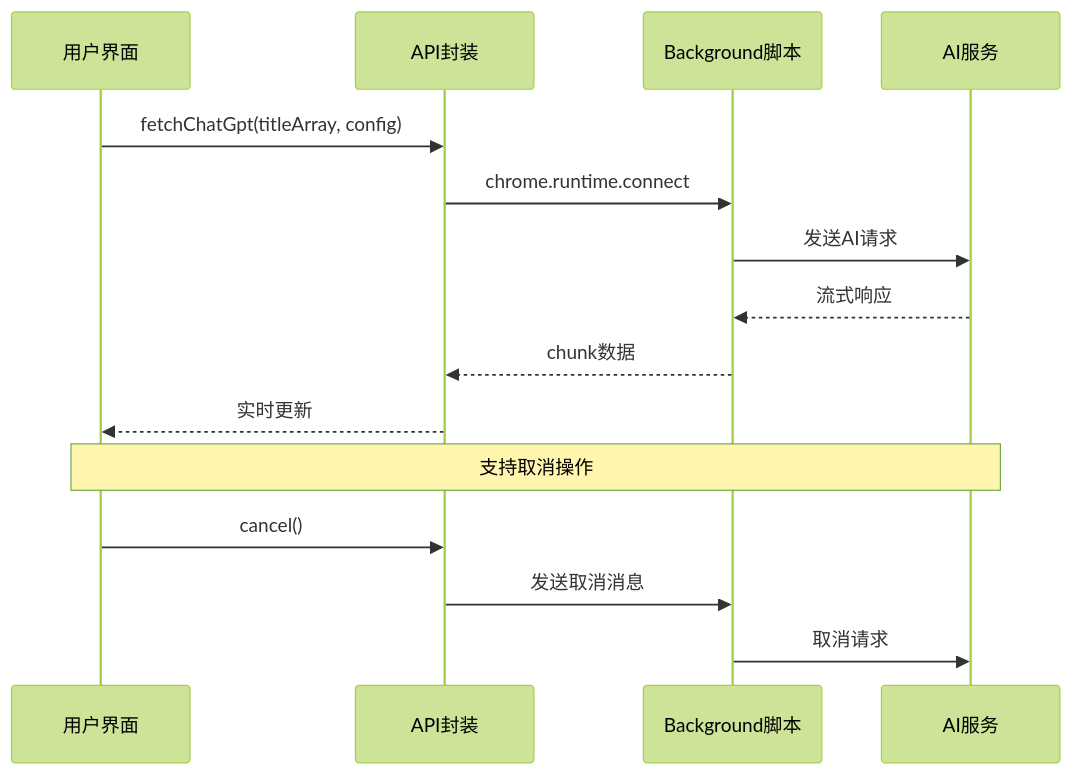
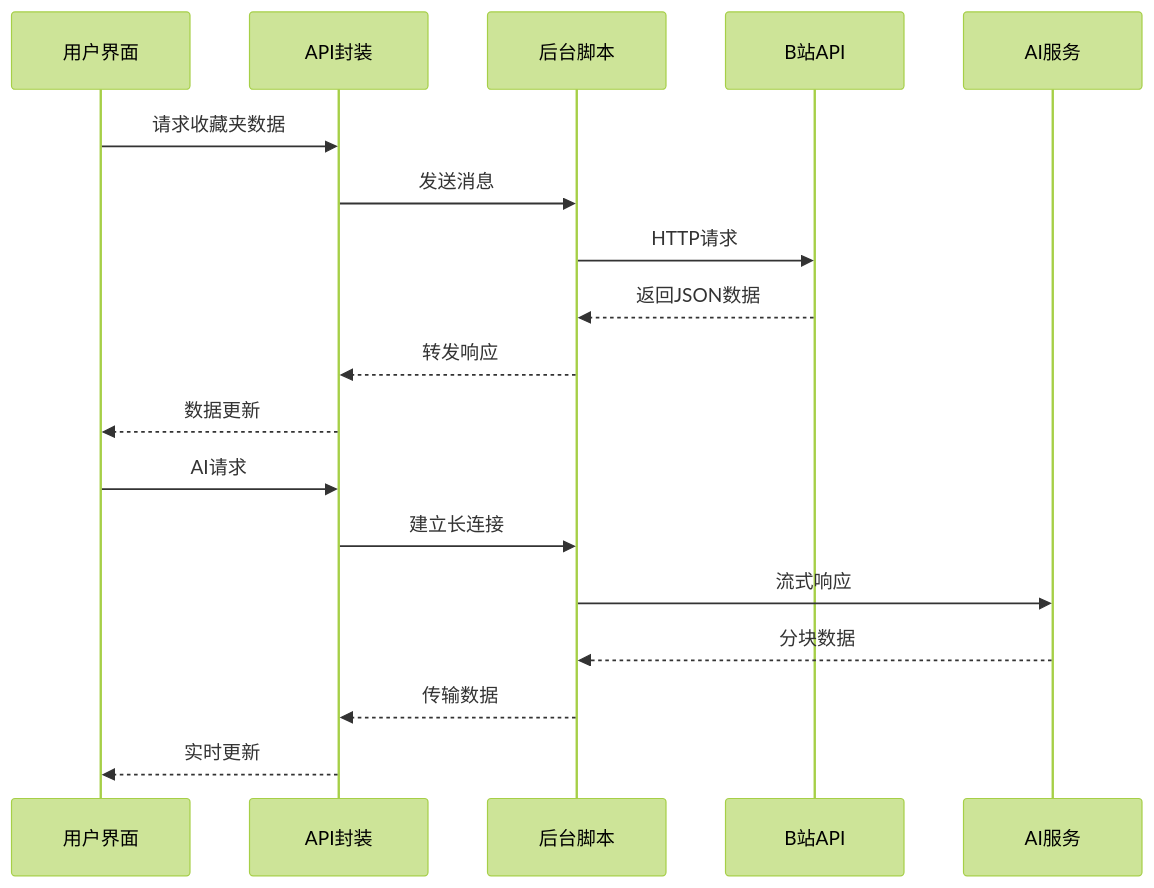
The third of 8 diagrams in .qoder/repowiki/zh/content/开发指南/React最佳实践系统.md (RadiumAg/bilibili-favorites), drawn with Mermaid (forest theme) before and after one commit. The commit also changed other lines of this file and 21 other files, not shown here.

````diff
--- a/.qoder/repowiki/zh/content/开发指南/React最佳实践系统.md
+++ b/.qoder/repowiki/zh/content/开发指南/React最佳实践系统.md
@@ -271,17 +138,20 @@
 ```mermaid
 sequenceDiagram
 participant UI as 用户界面
 participant API as API封装
-participant BG as Background脚本
+participant BG as 后台脚本
+participant B站 as B站API
 participant AI as AI服务
-UI->>API : fetchChatGpt(titleArray, config)
-API->>BG : chrome.runtime.connect
-BG->>AI : 发送AI请求
-AI-->>BG : 流式响应
-BG-->>API : chunk数据
+UI->>API : 请求收藏夹数据
+API->>BG : 发送消息
+BG->>B站 : HTTP请求
+B站-->>BG : 返回JSON数据
+BG-->>API : 转发响应
+API-->>UI : 数据更新
+UI->>API : AI请求
+API->>BG : 建立长连接
+BG->>AI : 流式响应
+AI-->>BG : 分块数据
+BG-->>API : 传输数据
 API-->>UI : 实时更新
-Note over UI,AI : 支持取消操作
-UI->>API : cancel()
-API->>BG : 发送取消消息
-BG->>AI : 取消请求
 ```
````
